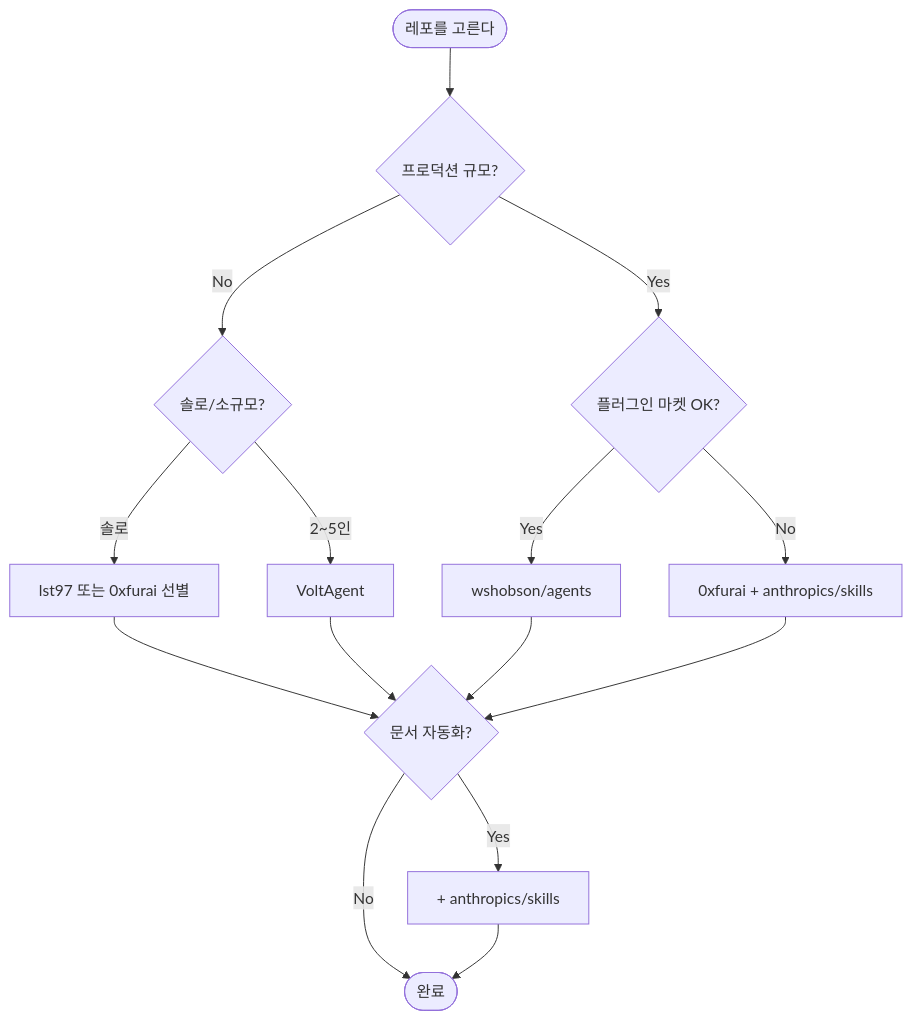
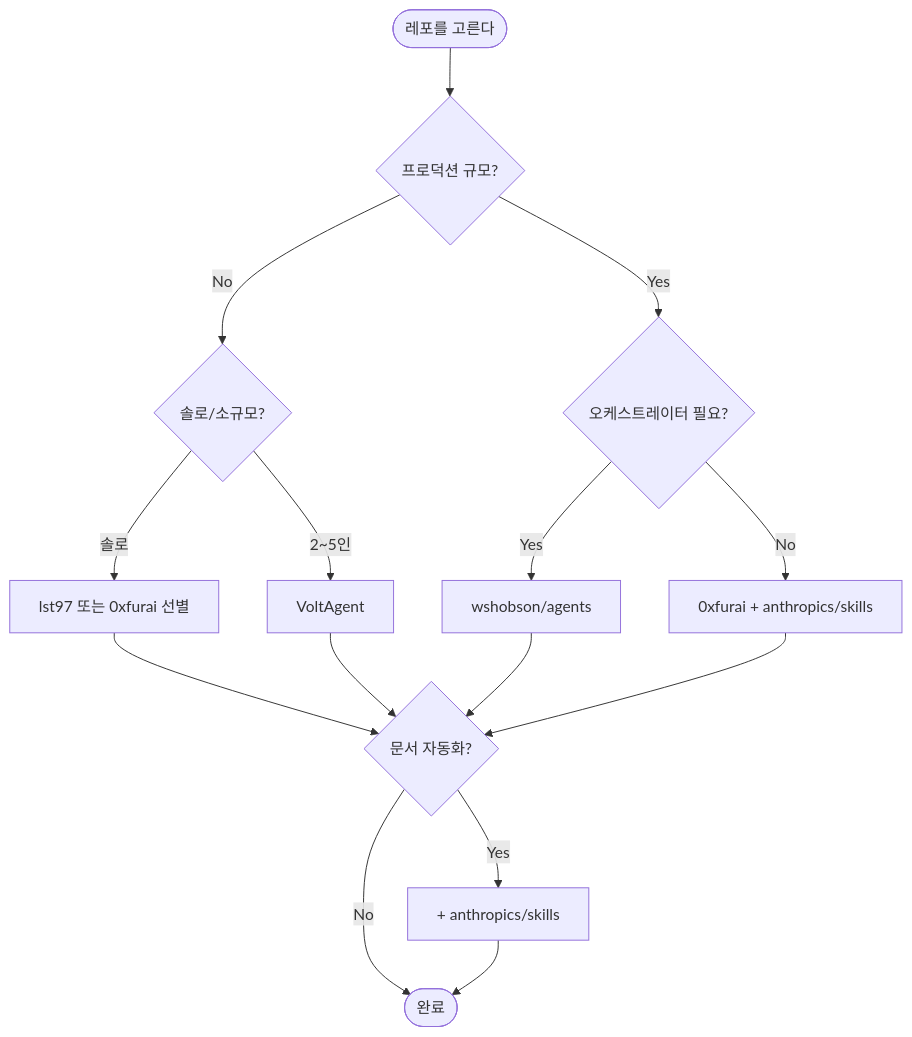
One commit to YawnsDuzin/claude-code-guide-kr changed the second of 2 diagrams in 99-부록(appendix)/06-에이전트레포(agent-repos).md. Above: the diagram before and after it, drawn with Mermaid. The commit also changed other lines of this file and 2 other files, not shown here.

````diff
--- a/99-부록(appendix)/06-에이전트레포(agent-repos).md
+++ b/99-부록(appendix)/06-에이전트레포(agent-repos).md
@@ -372,17 +370,17 @@
 ```mermaid
 flowchart TD
     Start([레포를 고른다]) --> Q1{프로덕션 규모?}
-    Q1 -- Yes --> Q2{플러그인 마켓 OK?}
+    Q1 -- Yes --> Q2{오케스트레이터 필요?}
     Q1 -- No --> Q3{솔로/소규모?}
     Q2 -- Yes --> W[wshobson/agents]
     Q2 -- No --> F[0xfurai + anthropics/skills]
     Q3 -- 솔로 --> L[lst97 또는 0xfurai 선별]
     Q3 -- 2~5인 --> V[VoltAgent]
     L --> Doc{문서 자동화?}
     V --> Doc
     W --> Doc
     F --> Doc
     Doc -- Yes --> A[+ anthropics/skills]
     Doc -- No --> End([완료])
     A --> End
 ```
````
